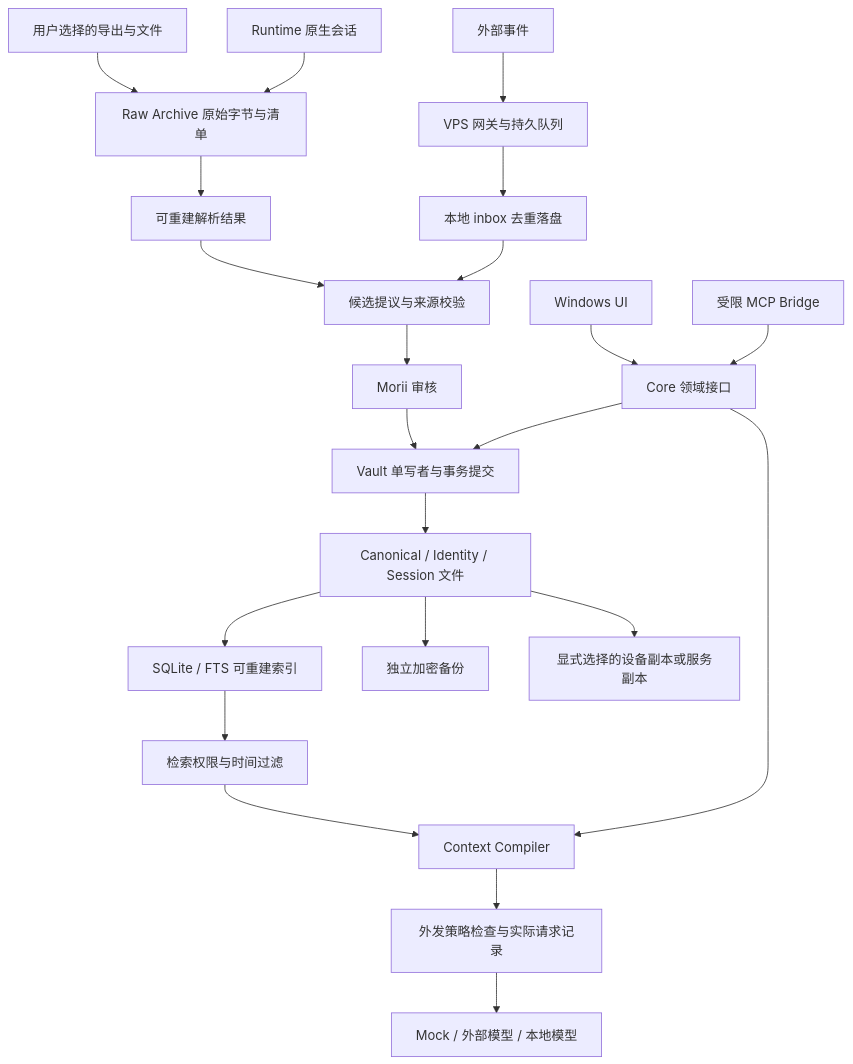
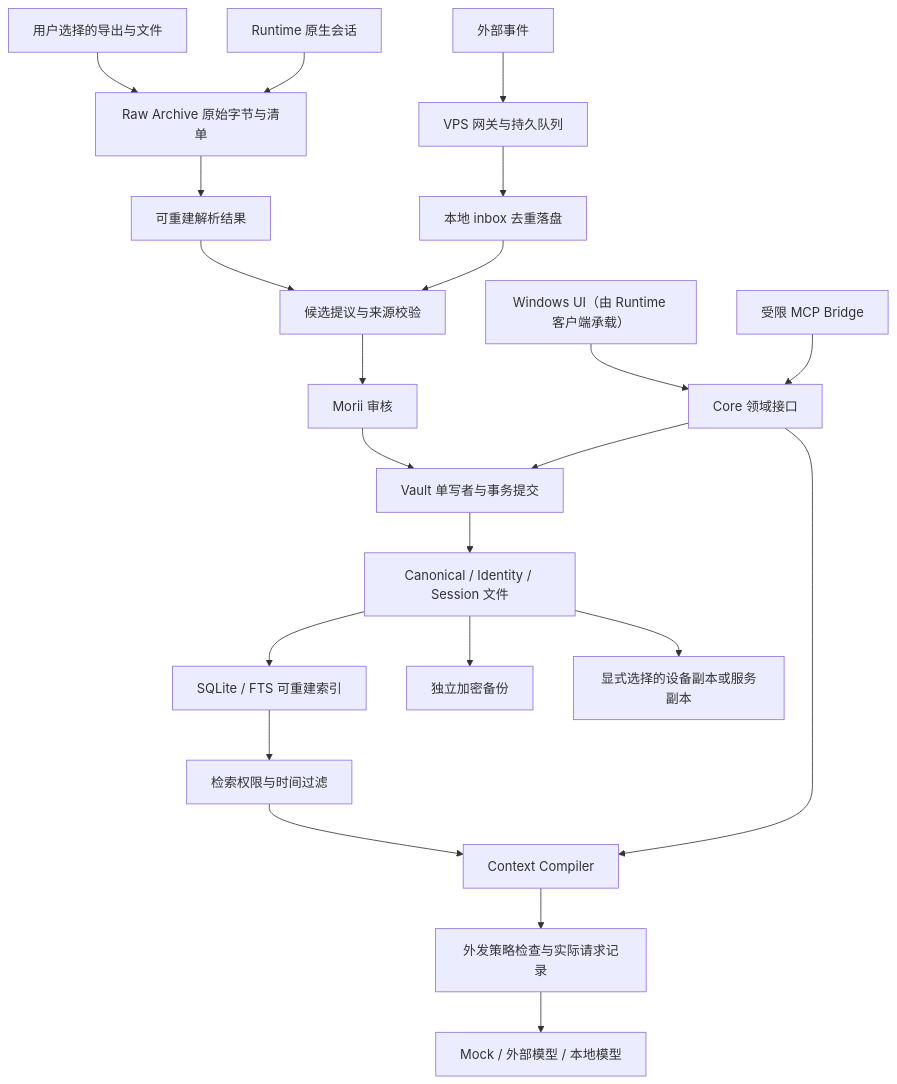
One commit to Morii9961/enouia-memory changed the diagram in docs/design/MEMORY_ARCHITECTURE.md. Above: the diagram before and after it, drawn with Mermaid. The commit also changed other lines of this file and 13 other files, not shown here.

````diff
--- a/docs/design/MEMORY_ARCHITECTURE.md
+++ b/docs/design/MEMORY_ARCHITECTURE.md
@@ -17,24 +19,24 @@
 ```mermaid
 flowchart TB
   Import[用户选择的导出与文件] --> Archive[Raw Archive 原始字节与清单]
   Native[Runtime 原生会话] --> Archive
   Archive --> Normalize[可重建解析结果]
   Normalize --> Propose[候选提议与来源校验]
   Propose --> Review[Morii 审核]
   Review --> Writer[Vault 单写者与事务提交]
   Writer --> Canonical[Canonical / Identity / Session 文件]
   Canonical --> Index[SQLite / FTS 可重建索引]
   Index --> Policy[检索权限与时间过滤]
   Policy --> Compiler[Context Compiler]
   Compiler --> Outbound[外发策略检查与实际请求记录]
   Outbound --> Provider[Mock / 外部模型 / 本地模型]
-  Windows[Windows UI] --> API[Core 领域接口]
+  Windows[Windows UI（由 Runtime 客户端承载）] --> API[Core 领域接口]
   MCP[受限 MCP Bridge] --> API
   API --> Writer
   API --> Compiler
   External[外部事件] --> Gateway[VPS 网关与持久队列]
   Gateway --> Inbox[本地 inbox 去重落盘]
   Inbox --> Propose
   Canonical --> Backup[独立加密备份]
   Canonical --> Replica[显式选择的设备副本或服务副本]
 ```
````
